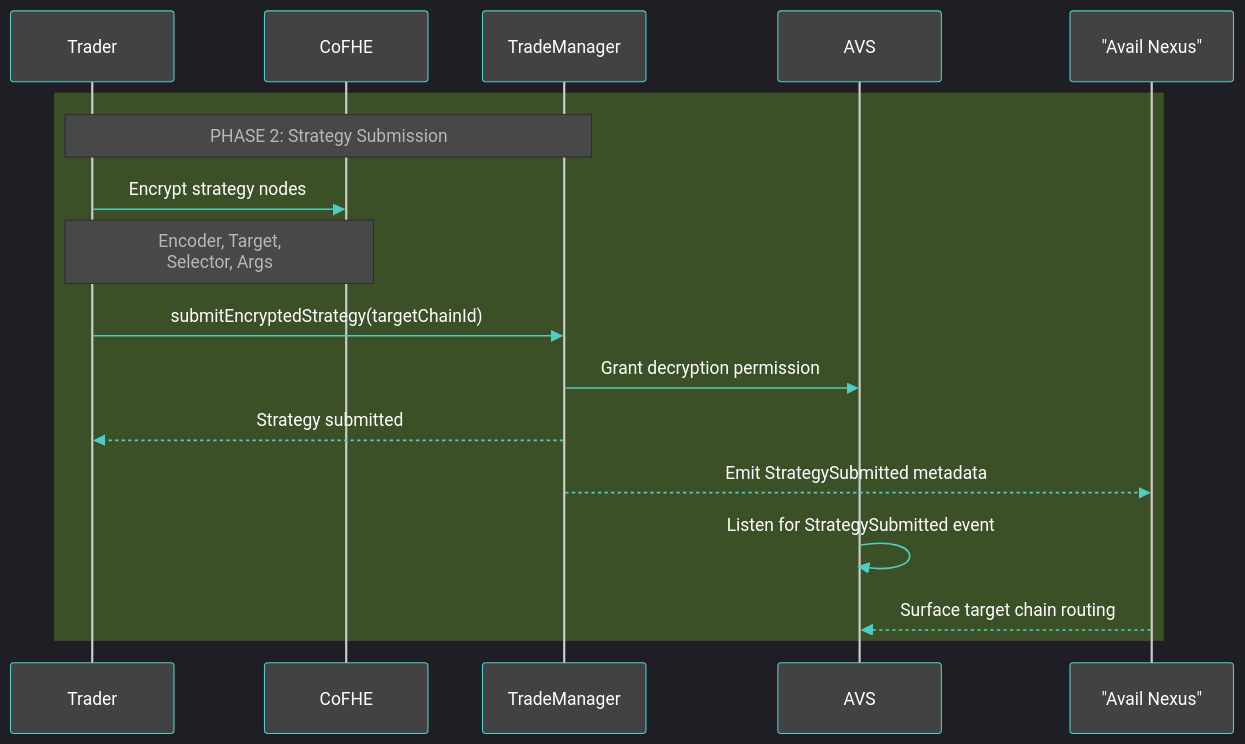
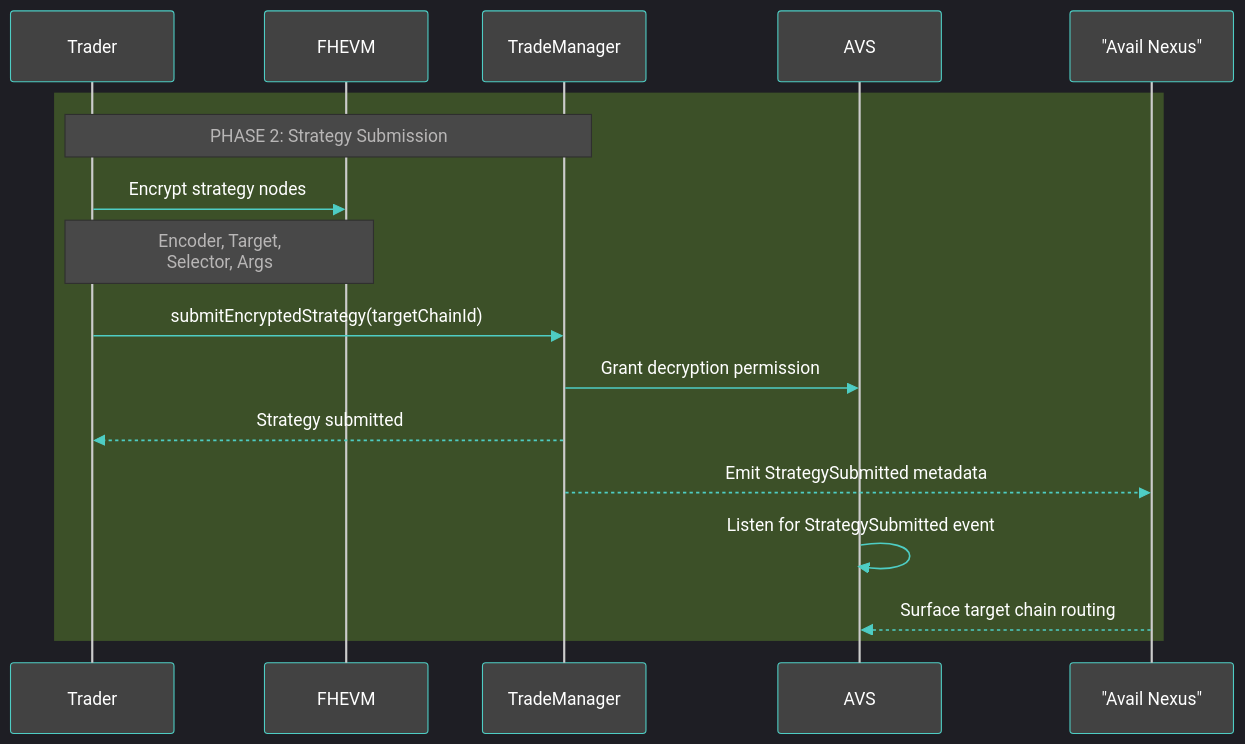
The fourth of 7 diagrams in README.md (Nilay27/UNIVersalPrivacyHook), drawn with Mermaid before and after one commit. The commit also changed other lines of this file, not shown here.

````diff
--- a/README.md
+++ b/README.md
@@ -266,21 +266,21 @@
 ```mermaid
 %%{init: {'theme':'dark', 'themeVariables': { 'primaryColor':'#4ecdc4', 'primaryTextColor':'#fff', 'primaryBorderColor':'#45b7d1', 'lineColor':'#4ecdc4', 'secondaryColor':'#ff6b6b', 'tertiaryColor':'#3700b3', 'background':'#121212', 'mainBkg':'#1f1f1f', 'secondBkg':'#2d2d2d', 'labelBackground':'#2d2d2d', 'actorBkg':'#424242', 'actorBorder':'#4ecdc4', 'actorTextColor':'#fff', 'signalColor':'#4ecdc4', 'signalTextColor':'#fff'}}}%%
 sequenceDiagram
     participant Trader
-    participant CoFHE
+    participant FHEVM
     participant TradeManager
     participant AVS
     participant "Avail Nexus"
 
     rect rgb(60, 80, 40)
         Note over Trader,TradeManager: PHASE 2: Strategy Submission
-        Trader->>CoFHE: Encrypt strategy nodes
-        Note over Trader,CoFHE: Encoder, Target,<br/>Selector, Args
+        Trader->>FHEVM: Encrypt strategy nodes
+        Note over Trader,FHEVM: Encoder, Target,<br/>Selector, Args
         Trader->>TradeManager: submitEncryptedStrategy(targetChainId)
         TradeManager->>AVS: Grant decryption permission
         TradeManager-->>Trader: Strategy submitted
         TradeManager-->>"Avail Nexus": Emit StrategySubmitted metadata
         AVS->>AVS: Listen for StrategySubmitted event
         "Avail Nexus"-->>AVS: Surface target chain routing
     end
 ```
````
